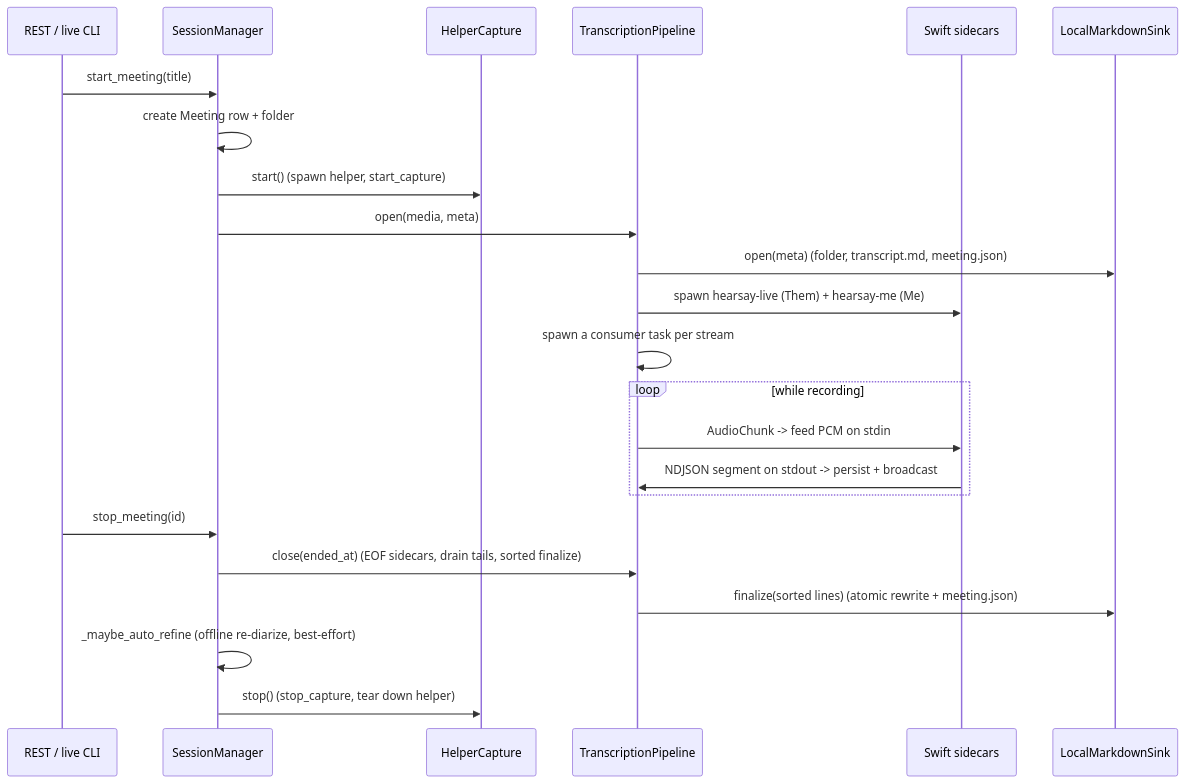
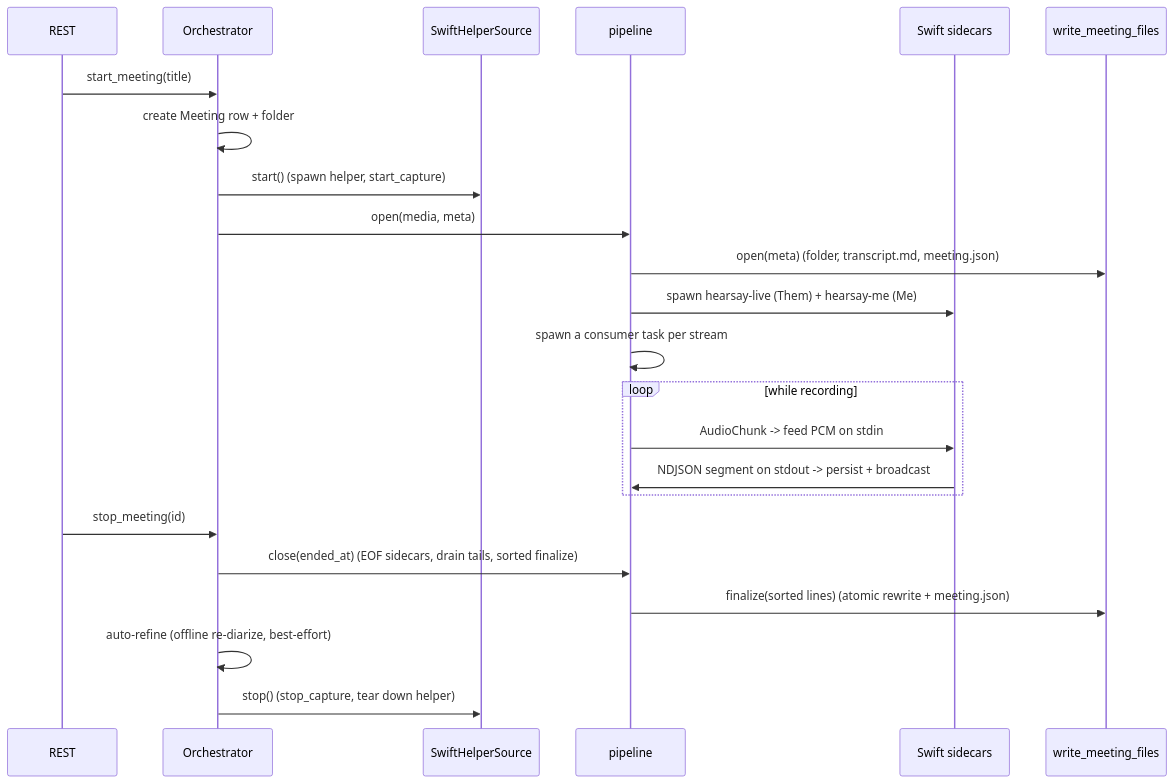
The second of 2 diagrams in docs/pipeline.md (rwiseman87/hearsay), drawn with Mermaid before and after one commit. The commit also changed other lines of this file and 24 other files, not shown here.

First line of the commit message:
Wire settings through to the live pipeline; fix the Permissions panel

````diff
--- a/docs/pipeline.md
+++ b/docs/pipeline.md
@@ -43,26 +43,26 @@
 ```mermaid
 sequenceDiagram
-  participant API as REST / live CLI
-  participant SM as SessionManager
-  participant Cap as HelperCapture
-  participant P as TranscriptionPipeline
+  participant API as REST
+  participant SM as Orchestrator
+  participant Cap as SwiftHelperSource
+  participant P as pipeline
   participant Side as Swift sidecars
-  participant Sink as LocalMarkdownSink
+  participant Sink as write_meeting_files
 
   API->>SM: start_meeting(title)
   SM->>SM: create Meeting row + folder
   SM->>Cap: start()  (spawn helper, start_capture)
   SM->>P: open(media, meta)
   P->>Sink: open(meta)  (folder, transcript.md, meeting.json)
   P->>Side: spawn hearsay-live (Them) + hearsay-me (Me)
   P->>P: spawn a consumer task per stream
   loop while recording
     P->>Side: AudioChunk -> feed PCM on stdin
     Side->>P: NDJSON segment on stdout -> persist + broadcast
   end
   API->>SM: stop_meeting(id)
   SM->>P: close(ended_at)  (EOF sidecars, drain tails, sorted finalize)
   P->>Sink: finalize(sorted lines)  (atomic rewrite + meeting.json)
-  SM->>SM: _maybe_auto_refine (offline re-diarize, best-effort)
+  SM->>SM: auto-refine (offline re-diarize, best-effort)
   SM->>Cap: stop()  (stop_capture, tear down helper)
 ```
````
